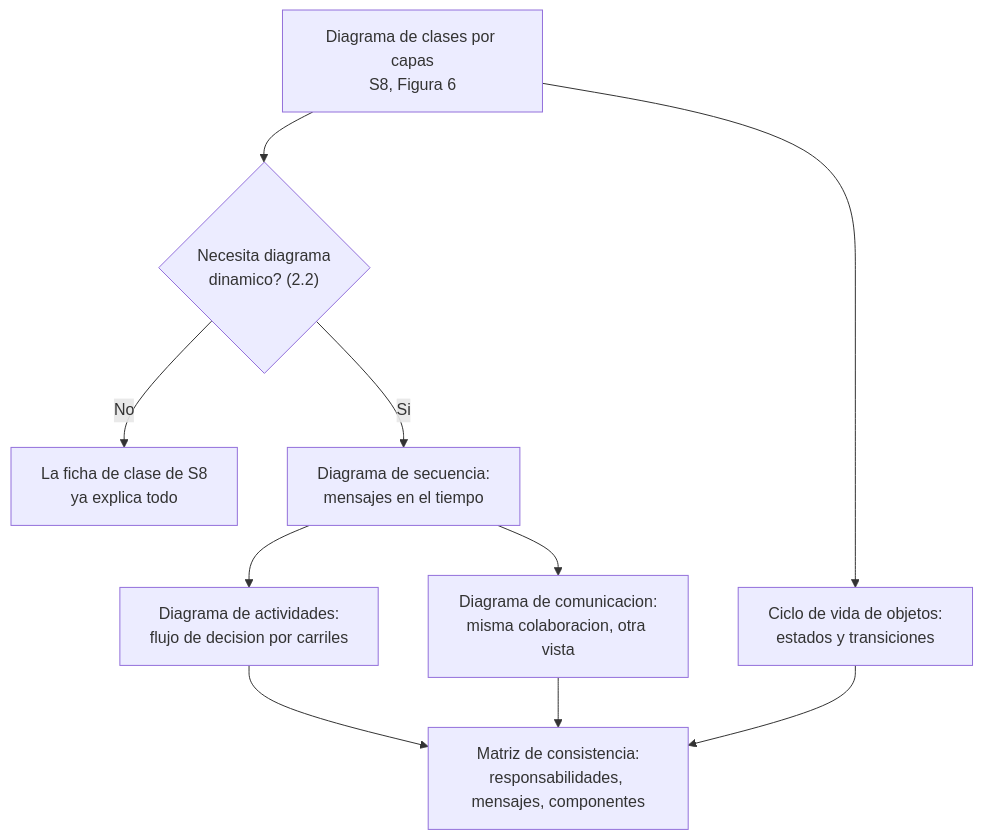
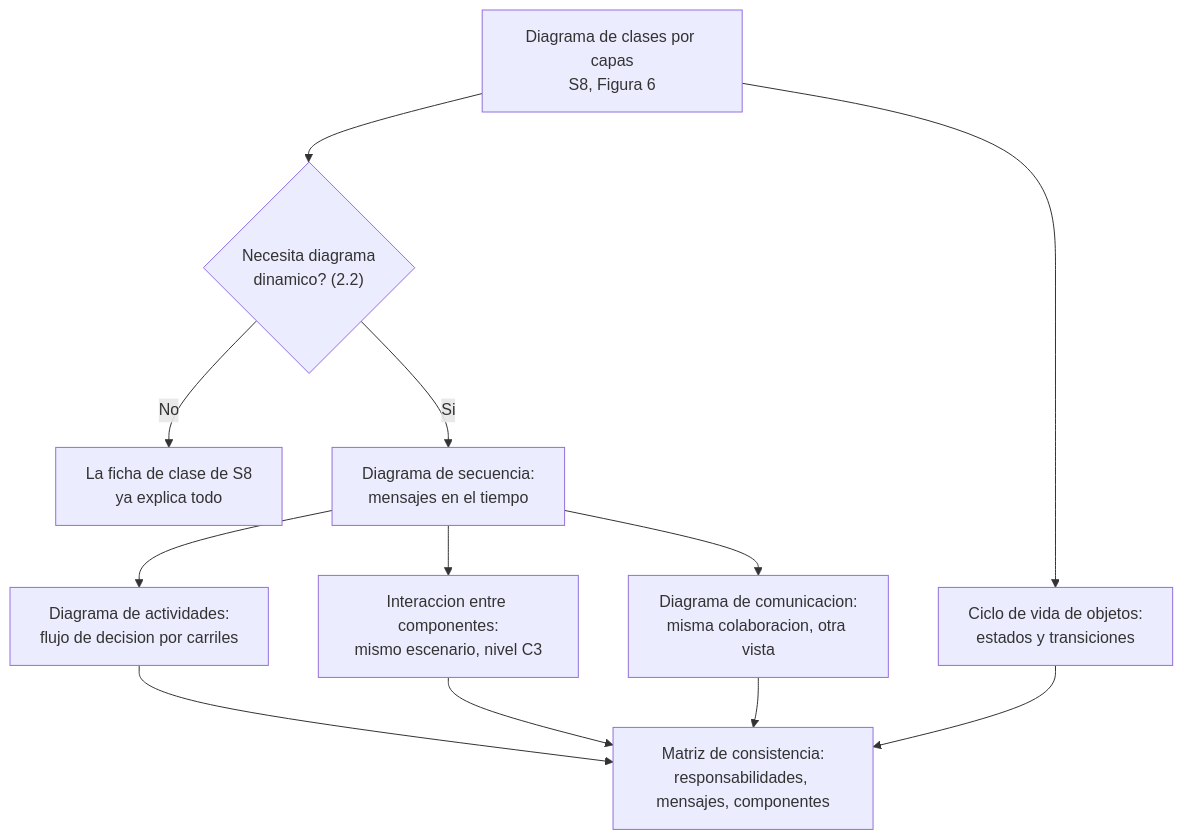
The second of 8 diagrams in docs/ads/sesiones/S09_Diagramas_Dinamicos_UML.md (262ciclo4/bomerp), drawn with Mermaid before and after one commit. The commit also changed other lines of this file, not shown here.

````diff
--- a/docs/ads/sesiones/S09_Diagramas_Dinamicos_UML.md
+++ b/docs/ads/sesiones/S09_Diagramas_Dinamicos_UML.md
@@ -100,12 +101,14 @@
 ```mermaid
 flowchart TB
     A[Diagrama de clases por capas<br/>S8, Figura 6] --> Dec{"Necesita diagrama<br/>dinamico? (2.2)"}
     Dec -- No --> Ficha[La ficha de clase de S8<br/>ya explica todo]
     Dec -- Si --> B[Diagrama de secuencia:<br/>mensajes en el tiempo]
     B --> C[Diagrama de actividades:<br/>flujo de decision por carriles]
     A --> D[Ciclo de vida de objetos:<br/>estados y transiciones]
+    B --> G[Interaccion entre componentes:<br/>mismo escenario, nivel C3]
     B --> E[Diagrama de comunicacion:<br/>misma colaboracion, otra vista]
     C --> F[Matriz de consistencia:<br/>responsabilidades, mensajes, componentes]
     D --> F
+    G --> F
     E --> F
 ```
````
